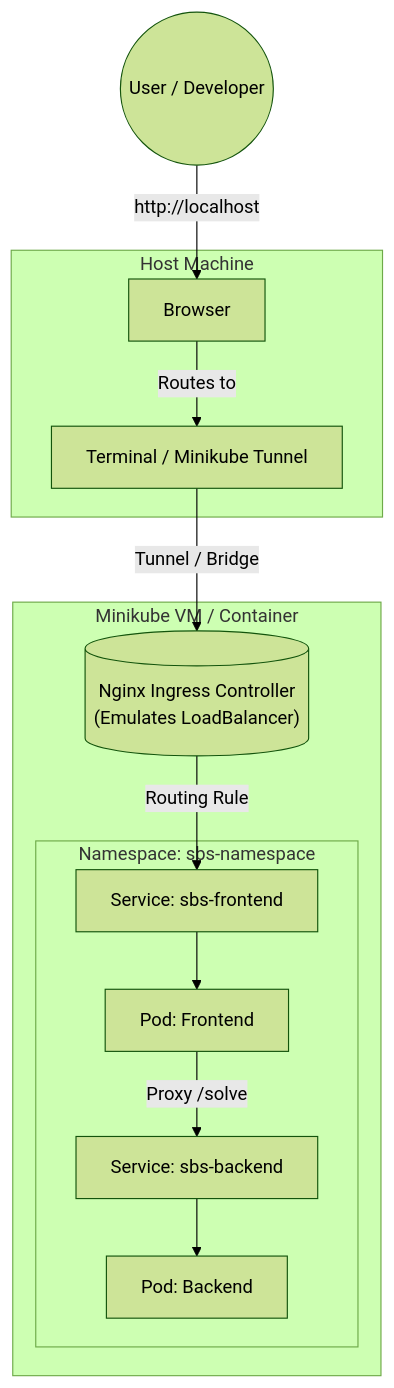
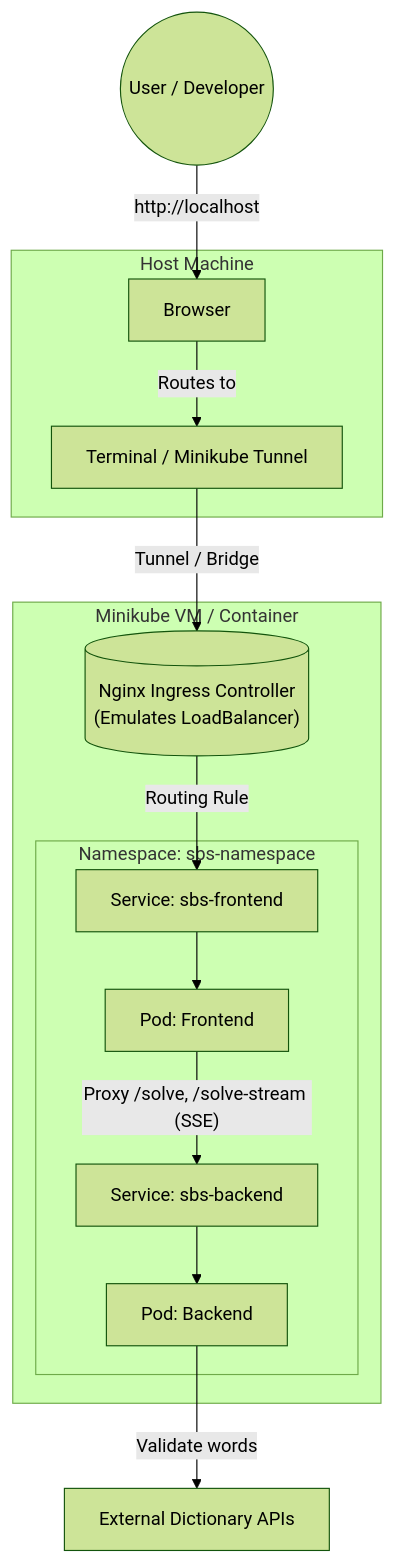
The diagram in architecture/minikube.mmd (wkusnierczyk/spelling-bee-solver), drawn with Mermaid (forest theme) before and after one commit. The commit also changed 6 other files, not shown here.

First line of the commit message:
Update architecture diagrams and nginx configs for SSE

```diff
--- a/architecture/minikube.mmd
+++ b/architecture/minikube.mmd
@@ -1,27 +1,30 @@
 graph TD
     User((User / Developer))
-    
+
     subgraph "Host Machine"
         Browser[Browser]
         Terminal[Terminal / Minikube Tunnel]
     end
 
     subgraph "Minikube VM / Container"
         IngressCtrl[("Nginx Ingress Controller<br/>(Emulates LoadBalancer)")]
-        
+
         subgraph "Namespace: sbs-namespace"
             SvcFront["Service: sbs-frontend"]
             PodFront["Pod: Frontend"]
-            
+
             SvcBack["Service: sbs-backend"]
             PodBack["Pod: Backend"]
         end
     end
+
+    ExternalAPIs["External Dictionary APIs"]
 
     User -->|http://localhost| Browser
     Browser -->|Routes to| Terminal
     Terminal -->|Tunnel / Bridge| IngressCtrl
     IngressCtrl -->|Routing Rule| SvcFront
     SvcFront --> PodFront
-    PodFront -->|Proxy /solve| SvcBack
+    PodFront -->|"Proxy /solve, /solve-stream (SSE)"| SvcBack
     SvcBack --> PodBack
+    PodBack -->|Validate words| ExternalAPIs
```
